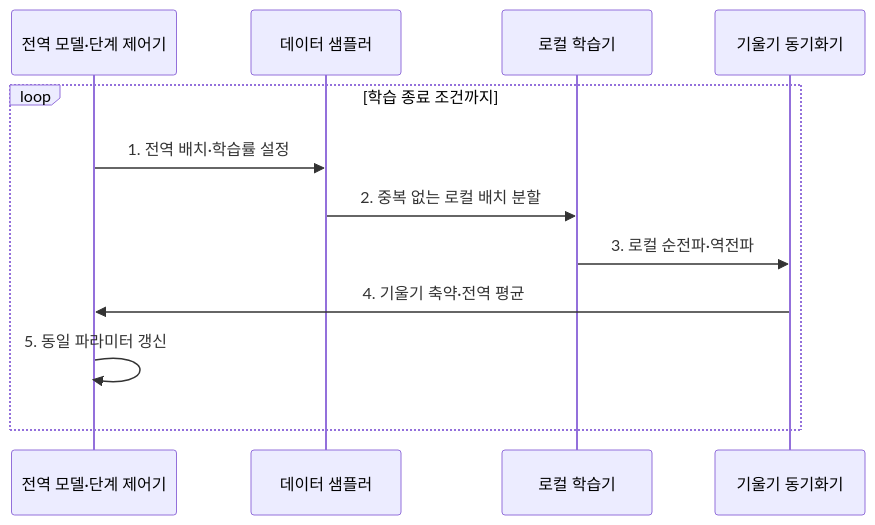
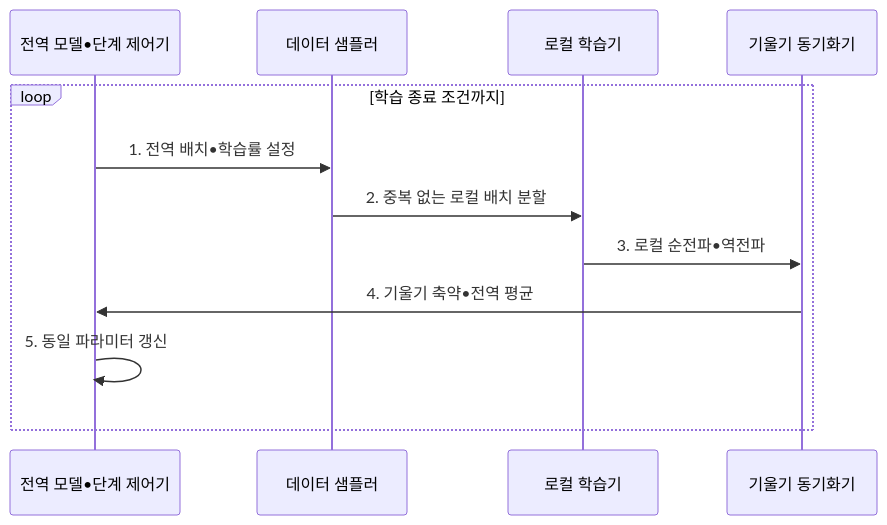
The second of 2 diagrams in src/content/docs/notes/08-latest-tech/154_data_parallelism.md (agnusdei1207/knowledge-base), drawn with Mermaid before and after one commit. The commit also changed other lines of this file and 953 other files, not shown here.

````diff
--- a/src/content/docs/notes/08-latest-tech/154_data_parallelism.md
+++ b/src/content/docs/notes/08-latest-tech/154_data_parallelism.md
@@ -103,14 +103,14 @@
 ```mermaid
 sequenceDiagram
-    participant C as 전역 모델·단계 제어기
+    participant C as 전역 모델•단계 제어기
     participant S as 데이터 샘플러
     participant L as 로컬 학습기
     participant G as 기울기 동기화기
     loop 학습 종료 조건까지
-        C->>S: 1. 전역 배치·학습률 설정
+        C->>S: 1. 전역 배치•학습률 설정
         S->>L: 2. 중복 없는 로컬 배치 분할
-        L->>G: 3. 로컬 순전파·역전파
-    G->>C: 4. 기울기 축약·전역 평균
+        L->>G: 3. 로컬 순전파•역전파
+    G->>C: 4. 기울기 축약•전역 평균
     C->>C: 5. 동일 파라미터 갱신
     end
 ```
````
